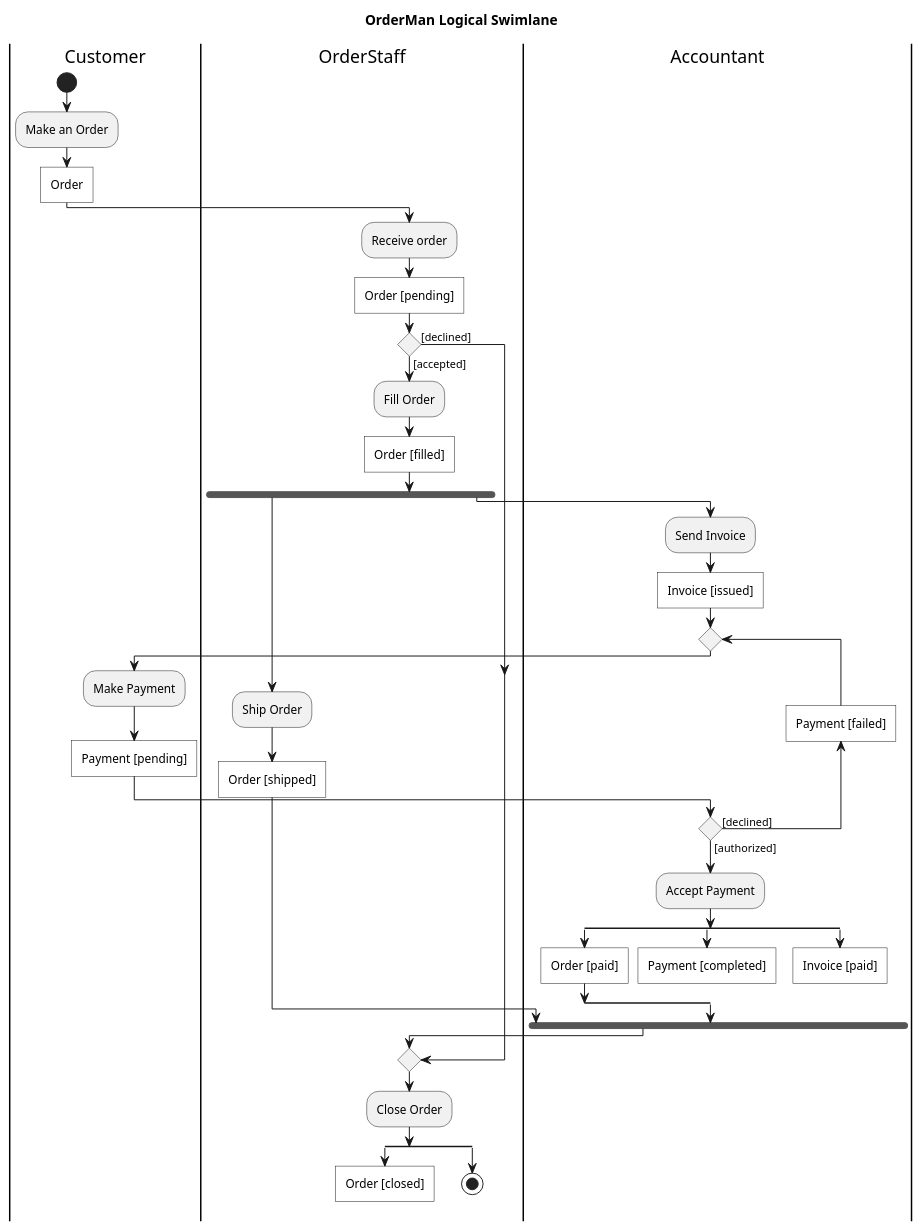
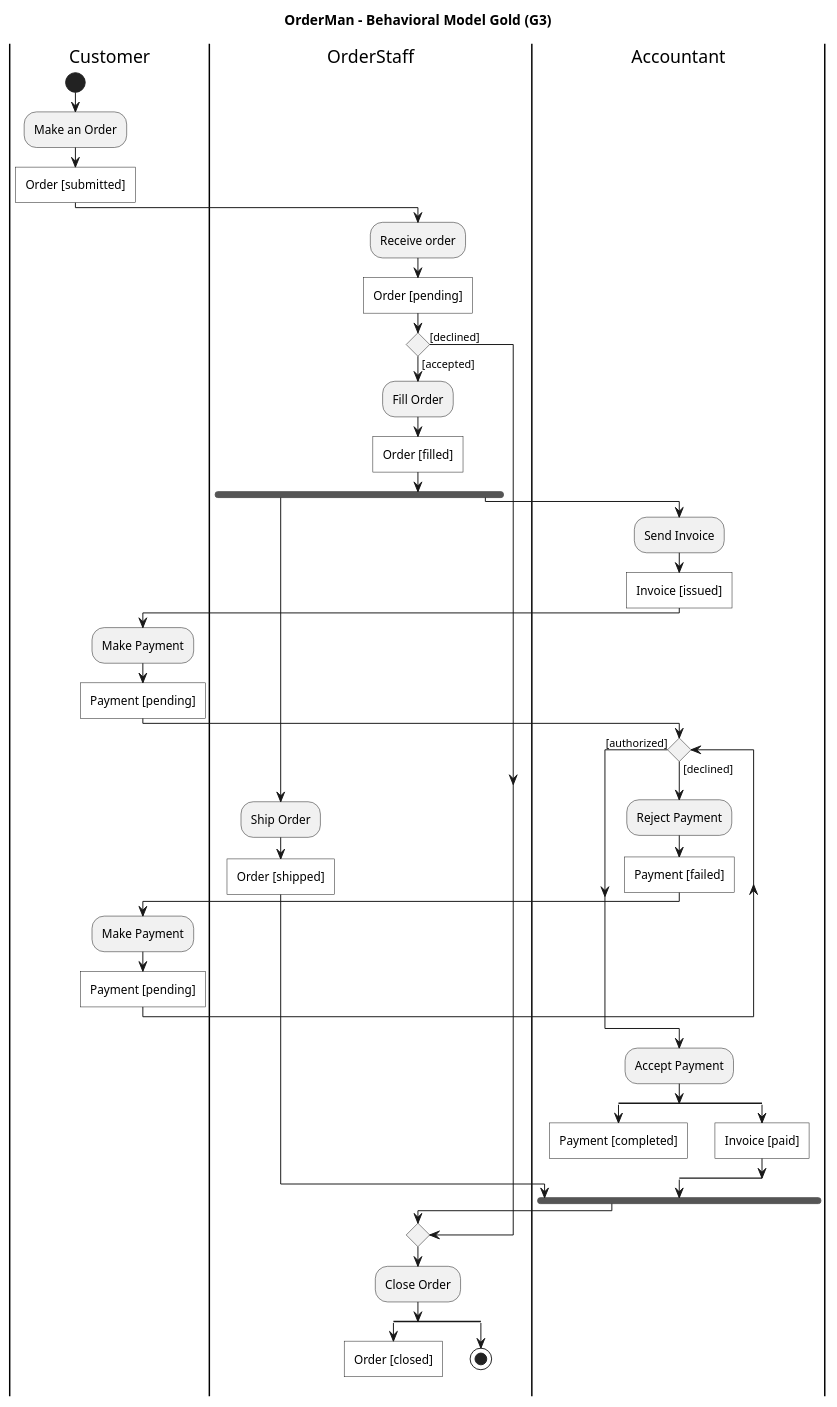
Before and after one commit to swinilab/validation4llmagents: the diagram in materials/G3-behavioral-model.puml, drawn with PlantUML. The commit also changed 10 other files, not shown here.

```diff
--- a/materials/G3-behavioral-model.puml
+++ b/materials/G3-behavioral-model.puml
@@ -1,59 +1,61 @@
-@startuml activity
-title OrderMan Logical Swimlane
+@startuml behavioral
+title OrderMan - Behavioral Model Gold (G3)
 
 <style>
 activity {
   .obj {
     RoundCorner 0
     BackgroundColor #FFFFFF
   }
 }
 </style>
 
 |Customer|
 start
 :Make an Order;
-:Order; <<obj>>
+:Order [submitted]; <<obj>>
 
 |OrderStaff|
 :Receive order;
 :Order [pending]; <<obj>>
 if () then ([accepted])
   :Fill Order;
   :Order [filled]; <<obj>>
   fork
     :Ship Order;
     :Order [shipped]; <<obj>>
   fork again
     |Accountant|
     :Send Invoice;
     :Invoice [issued]; <<obj>>
-    repeat
+    |Customer|
+    :Make Payment;
+    :Payment [pending]; <<obj>>
+    |Accountant|
+    while () is ([declined])
+      :Reject Payment;
+      :Payment [failed]; <<obj>>
       |Customer|
       :Make Payment;
       :Payment [pending]; <<obj>>
       |Accountant|
-    backward:Payment [failed]; <<obj>>
-    repeat while () is ([declined]) not ([authorized])
+    endwhile ([authorized])
     :Accept Payment;
     split
-      :Order [paid]; <<obj>>
-    split again
       :Payment [completed]; <<obj>>
       detach
     split again
       :Invoice [paid]; <<obj>>
-      detach
     end split
   end fork
   |OrderStaff|
 else ([declined])
 endif
 :Close Order;
 split
   :Order [closed]; <<obj>>
   detach
 split again
   stop
 end split
 @enduml
```
